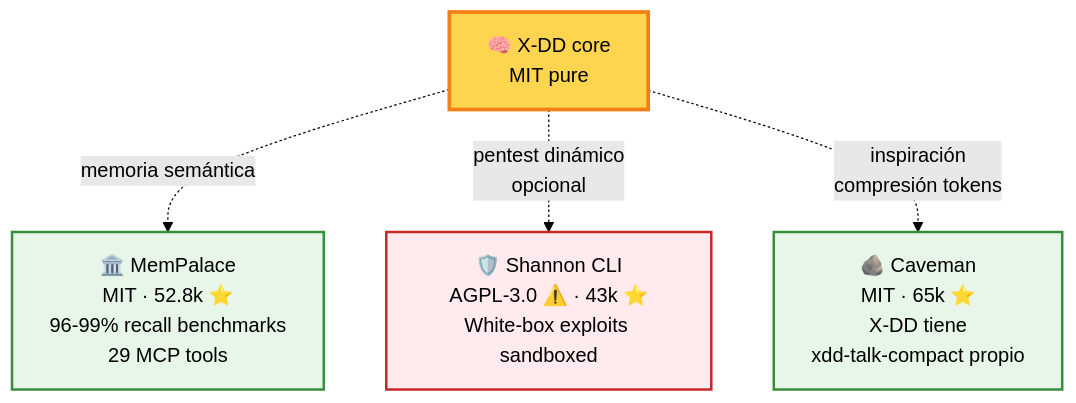
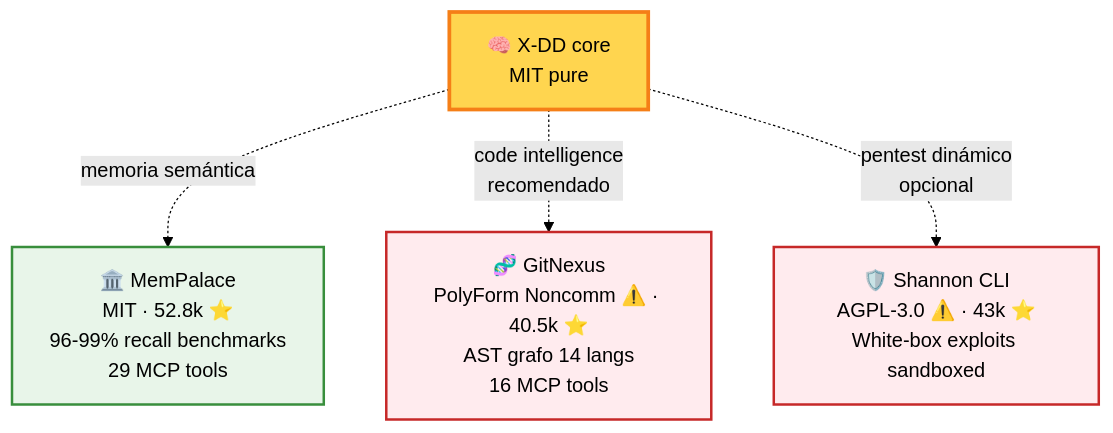
Before and after one commit to Cucholambr3ta/x-dd: the tenth of 10 diagrams in README.md, drawn with Mermaid (forest theme). The commit also changed other lines of this file and 11 other files, not shown here.

First line of the commit message:
feat: integrar GitNexus tier-1 paralelo MemPalace + ADR-0033 (#32)

````diff
--- a/README.md
+++ b/README.md
@@ -436,15 +436,16 @@
 ```mermaid
 flowchart TB
     XDD["🧠 X-DD core<br/>MIT pure"]
 
     XDD -.->|"memoria semántica"| MP["🏛️ MemPalace<br/>MIT · 52.8k ⭐<br/>96-99% recall benchmarks<br/>29 MCP tools"]
+    XDD -.->|"code intelligence<br/>recomendado"| GN["🧬 GitNexus<br/>PolyForm Noncomm ⚠️ · 40.5k ⭐<br/>AST grafo 14 langs<br/>16 MCP tools"]
     XDD -.->|"pentest dinámico<br/>opcional"| SH["🛡️ Shannon CLI<br/>AGPL-3.0 ⚠️ · 43k ⭐<br/>White-box exploits sandboxed"]
-    XDD -.->|"inspiración<br/>compresión tokens"| CV["🪨 Caveman<br/>MIT · 65k ⭐<br/>X-DD tiene<br/>xdd-talk-compact propio"]
 
     classDef core fill:#ffd54f,stroke:#f57f17,color:#000,stroke-width:3px
     classDef ext fill:#e8f5e9,stroke:#388e3c,color:#000,stroke-width:2px
     classDef warn fill:#ffebee,stroke:#c62828,color:#000,stroke-width:2px
     class XDD core
-    class MP,CV ext
+    class MP ext
+    class GN warn
     class SH warn
 ```
````
